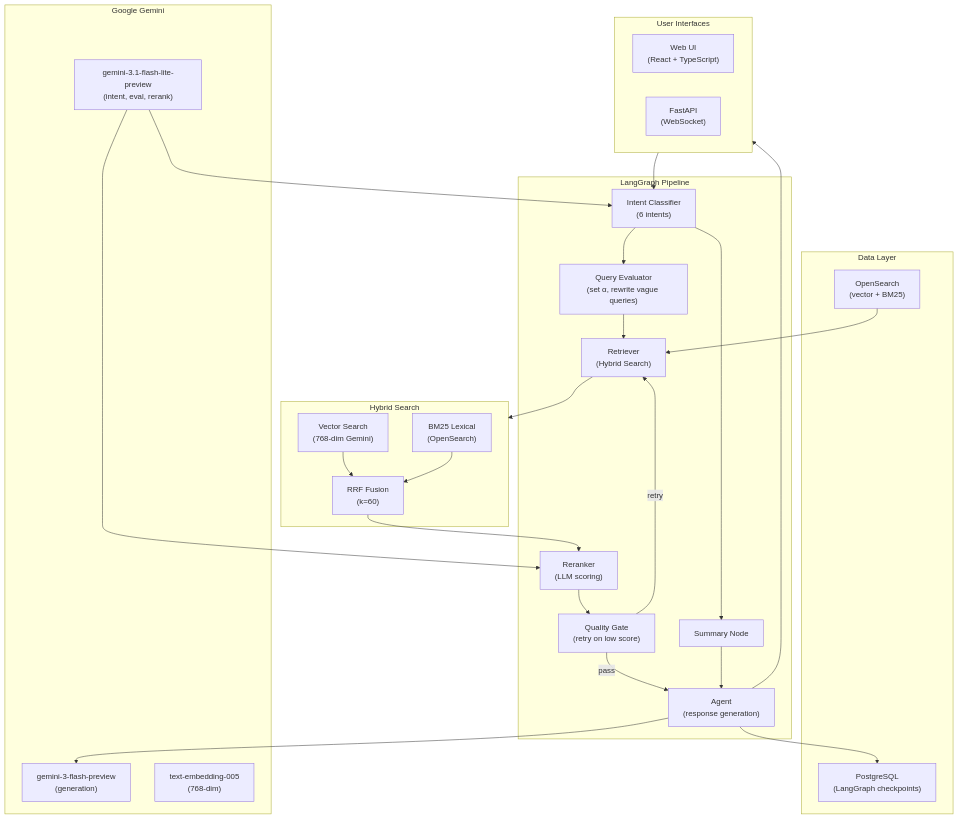
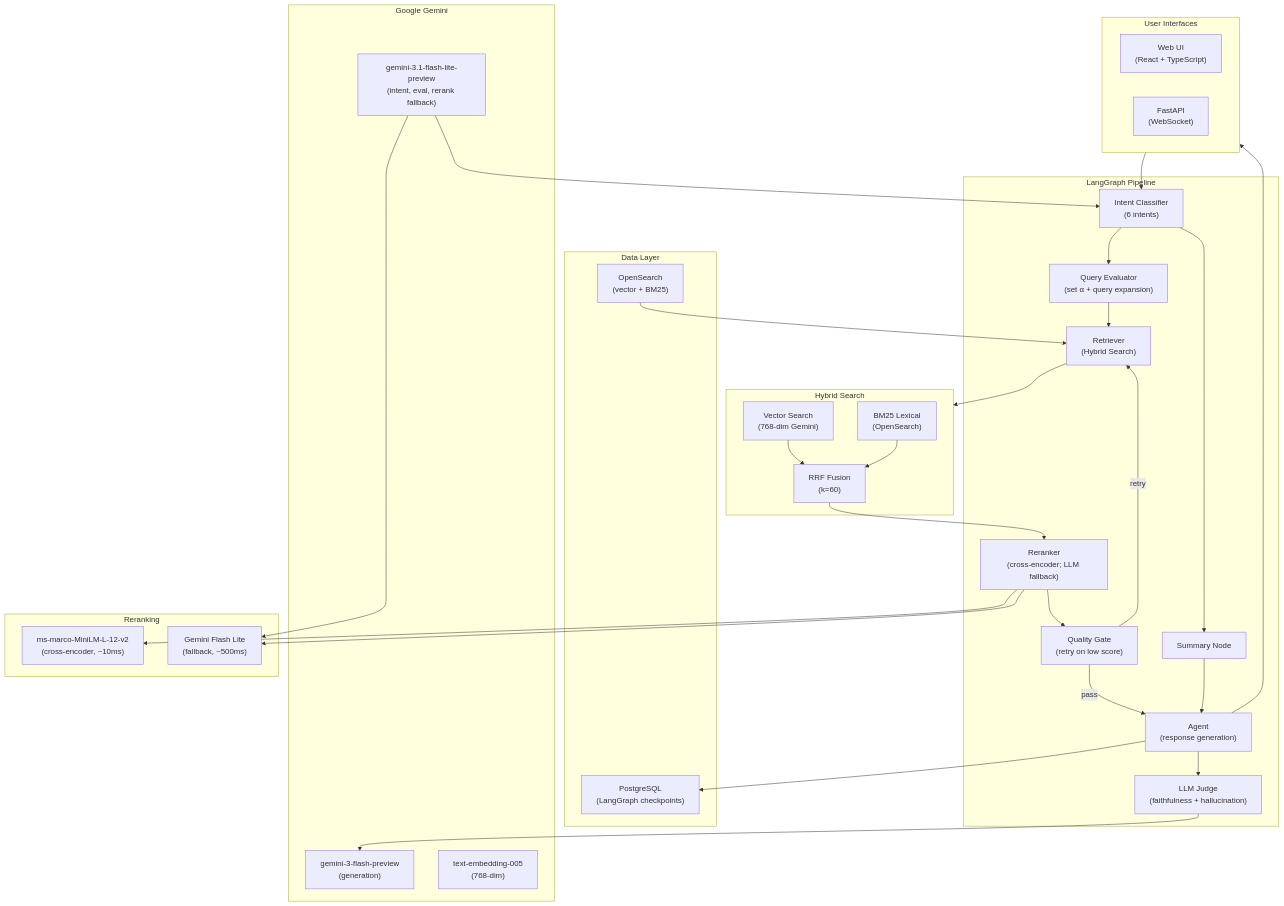
Before and after one commit to kmwtechnology/agentic-hybrid-search: the diagram in README.md, drawn with Mermaid. The commit also changed other lines of this file, not shown here.

Commit message:
docs: update system diagram to reflect current pipeline
- Add LLM Judge node (wired after agent in graph since PR #11)
- Fix reranker: cross-encoder (ms-marco-MiniLM-L-12-v2) is now default,
  Gemini Flash Lite is fallback only
- Add Reranking subgraph showing both paths with latencies
- Fix CLASSIFIER label: no longer primary reranker
- Add llm_judge to all three pipeline flow branches

````diff
--- a/README.md
+++ b/README.md
@@ -54,53 +54,62 @@
 ```mermaid
 flowchart TB
     subgraph UI["User Interfaces"]
         WEB["Web UI<br/>(React + TypeScript)"]
         API["FastAPI<br/>(WebSocket)"]
     end
 
     subgraph Pipeline["LangGraph Pipeline"]
         IC["Intent Classifier<br/>(6 intents)"]
-        QE["Query Evaluator<br/>(set α, rewrite vague queries)"]
+        QE["Query Evaluator<br/>(set α + query expansion)"]
         RET["Retriever<br/>(Hybrid Search)"]
-        RERANK["Reranker<br/>(LLM scoring)"]
+        RERANK["Reranker<br/>(cross-encoder; LLM fallback)"]
         QG["Quality Gate<br/>(retry on low score)"]
         SUM["Summary Node"]
         AGENT["Agent<br/>(response generation)"]
+        JUDGE["LLM Judge<br/>(faithfulness + hallucination)"]
     end
 
     subgraph Search["Hybrid Search"]
         VS["Vector Search<br/>(768-dim Gemini)"]
         BM25["BM25 Lexical<br/>(OpenSearch)"]
         RRF["RRF Fusion<br/>(k=60)"]
     end
 
     subgraph Storage["Data Layer"]
         IDX["OpenSearch<br/>(vector + BM25)"]
         CHK["PostgreSQL<br/>(LangGraph checkpoints)"]
     end
 
     subgraph GoogleAI["Google Gemini"]
         LLM["gemini-3-flash-preview<br/>(generation)"]
-        CLASSIFIER["gemini-3.1-flash-lite-preview<br/>(intent, eval, rerank)"]
+        CLASSIFIER["gemini-3.1-flash-lite-preview<br/>(intent, eval, rerank fallback)"]
         EMB["text-embedding-005<br/>(768-dim)"]
+    end
+
+    subgraph Reranking["Reranking"]
+        CE["ms-marco-MiniLM-L-12-v2<br/>(cross-encoder, ~10ms)"]
+        LLMR["Gemini Flash Lite<br/>(fallback, ~500ms)"]
     end
 
     UI --> IC
     IC --> QE
     IC --> SUM
     QE --> RET
     RET --> Search
     VS --> RRF
     BM25 --> RRF
     RRF --> RERANK
+    RERANK --> CE
+    RERANK --> LLMR
     RERANK --> QG
     QG -->|retry| RET
     QG -->|pass| AGENT
     SUM --> AGENT
-    AGENT --> LLM
+    AGENT --> JUDGE
+    JUDGE --> LLM
     AGENT --> UI
     AGENT --> CHK
     IDX --> RET
     CLASSIFIER --> IC
-    CLASSIFIER --> RERANK
+    CLASSIFIER --> LLMR
 ```
````
